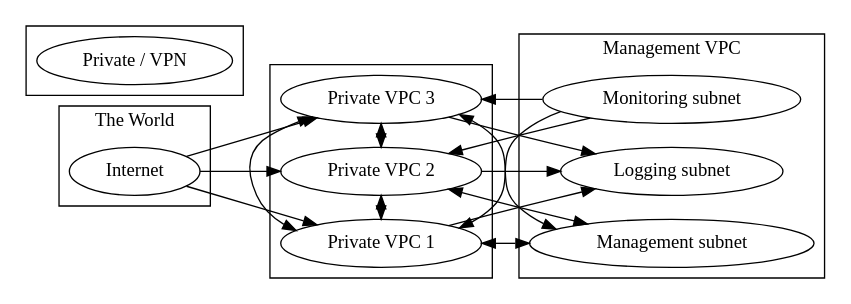
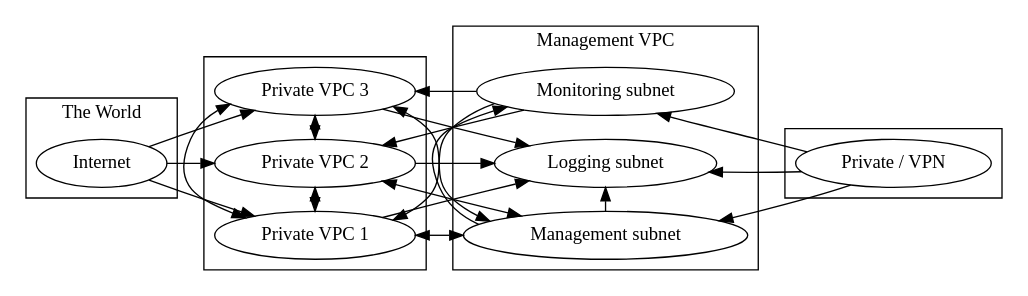
One commit to jpancoast/cloudsetup changed the diagram in docs/test.dot. Above: the diagram before and after it, drawn with Graphviz. The commit also changed 1 other file, not shown here.

```diff
--- a/docs/test.dot
+++ b/docs/test.dot
@@ -1,61 +1,77 @@
 digraph G {
     rankdir=LR
 
     subgraph cluster1 {
         label="The World";
         Internet;
 #        host1;
     }
     subgraph cluster2 {
 #        label="Remote Datacenter";
         "Private VPC 1";
         "Private VPC 2";
         "Private VPC 3";
 
         {
             rank="same"
             "Private VPC 1";"Private VPC 2";"Private VPC 3";
         }
     }
 
     subgraph cluster3
     {
         label="Management VPC"
         "Logging subnet";
         "Monitoring subnet";
         "Management subnet";
 
         {
             rank="same";
             "Logging subnet";
             "Monitoring subnet";
             "Management subnet";
         }
     }
 
     subgraph cluster4
     {
         "Private / VPN"
+
+        {
+            rank="max";
+            "Private / VPN";
+        }
     }
 
 
     Internet -> "Private VPC 1" [constraint=false];
     Internet -> "Private VPC 2";
     Internet -> "Private VPC 3"[constraint=false];
 
     "Private VPC 1" -> "Private VPC 2"[dir="both"];
     "Private VPC 1" -> "Private VPC 3"[dir="both"];
     "Private VPC 2" -> "Private VPC 3"[dir="both"];
 
     "Private VPC 1" -> "Logging subnet";
     "Private VPC 2" -> "Logging subnet";
     "Private VPC 3" -> "Logging subnet";
 
     "Monitoring subnet" -> "Private VPC 1"[constraint=false];
     "Monitoring subnet" -> "Private VPC 2";
     "Monitoring subnet" -> "Private VPC 3";
 
     "Management subnet" -> "Private VPC 1"[dir="both" constraint=false];
     "Management subnet" -> "Private VPC 2"[dir="both" constraint=false];
     "Management subnet" -> "Private VPC 3"[dir="both" constraint=false];
+
+    "Management subnet" -> "Logging subnet";
+    "Management subnet" -> "Monitoring subnet";
+
+    "Management subnet" -> "Private / VPN" [style="invis"]
+    "Monitoring subnet" -> "Private / VPN" [style="invis"]
+    "Logging subnet" -> "Private / VPN" [style="invis"]
+
+    "Private / VPN" -> "Management subnet"[constraint=false];
+    "Private / VPN" -> "Monitoring subnet"[constraint=false];
+    "Private / VPN" -> "Logging subnet";
 }
```
